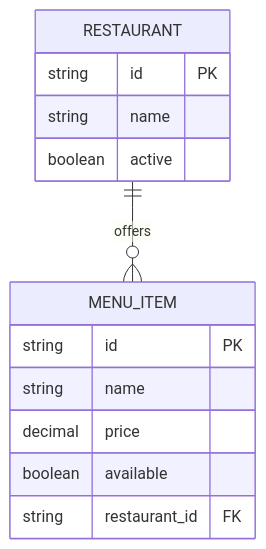
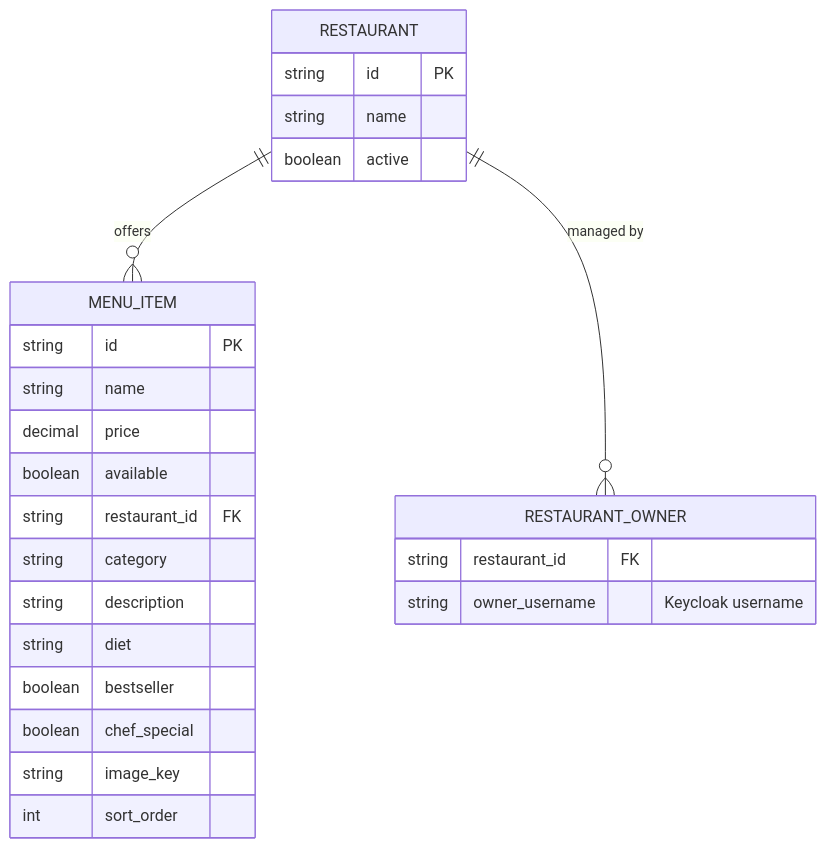
The first of 2 diagrams in docs/sdd/data-model.md (GCodes12/foodiehub), drawn with Mermaid before and after one commit. The commit also changed other lines of this file and 6 other files, not shown here.

````diff
--- a/docs/sdd/data-model.md
+++ b/docs/sdd/data-model.md
@@ -203,18 +260,32 @@
 ```mermaid
 erDiagram
     RESTAURANT ||--o{ MENU_ITEM : offers
 
     RESTAURANT {
         string id PK
         string name
         boolean active
     }
 
+    RESTAURANT ||--o{ RESTAURANT_OWNER : "managed by"
+
     MENU_ITEM {
         string id PK
         string name
         decimal price
         boolean available
         string restaurant_id FK
+        string category
+        string description
+        string diet
+        boolean bestseller
+        boolean chef_special
+        string image_key
+        int sort_order
+    }
+
+    RESTAURANT_OWNER {
+        string restaurant_id FK
+        string owner_username "Keycloak username"
     }
 ```
````
